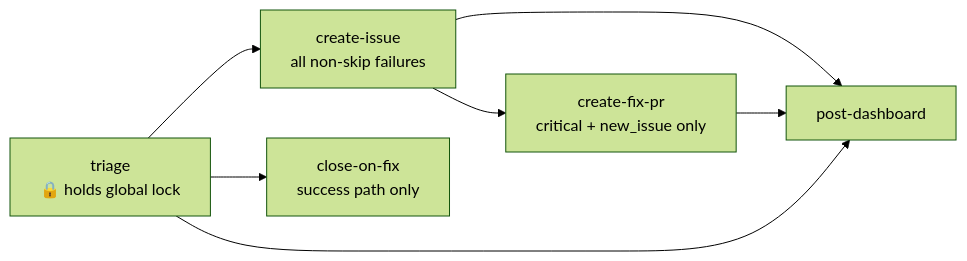
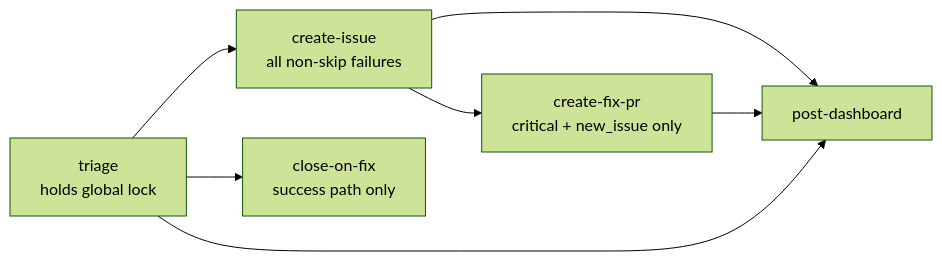
Before and after one commit to Aries-Serpent/_codex_: the sixth of 6 diagrams in docs/ci/CI_FAILURE_AUTO_RESPONSE.md, drawn with Mermaid (forest theme). The commit also changed other lines of this file and 2029 other files, not shown here.

````diff
--- a/docs/ci/CI_FAILURE_AUTO_RESPONSE.md
+++ b/docs/ci/CI_FAILURE_AUTO_RESPONSE.md
@@ -223,14 +225,14 @@
 ```mermaid
-%%{init: {'accessibility': {'title': 'Flowchart showing triage\n🔒 holds global lock, create-issue\nall non-skip failures'}}%%
+%%{init: {'accessibility': {'title': 'Flowchart showing triage\n holds global lock, create-issue\nall non-skip failures'}}%%
 graph LR
-    T[triage\n🔒 holds global lock]
+    T[triage\n holds global lock]
 
     T --> CI[create-issue\nall non-skip failures]
     T --> CF[close-on-fix\nsuccess path only]
 
     CI --> FP[create-fix-pr\ncritical + new_issue only]
 
     CI  --> PD[post-dashboard]
     FP  --> PD
     T   --> PD
 ```
````
